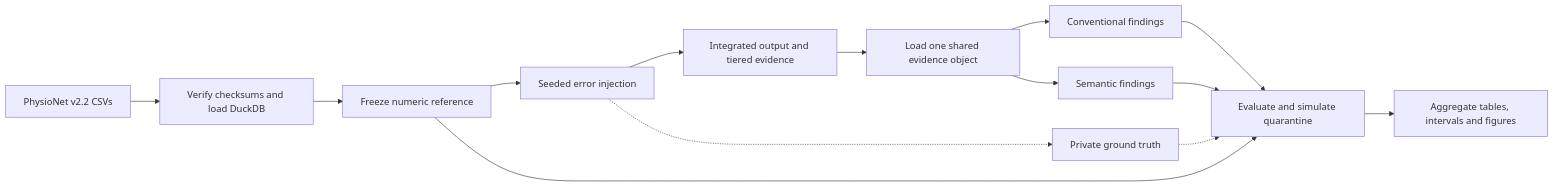
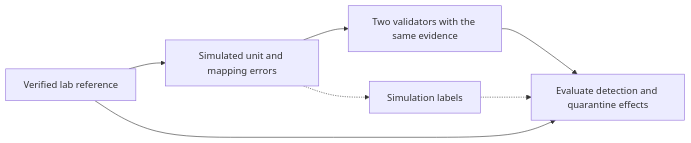
One commit to junleeai/clinical-semantic-data-quality-benchmark changed the diagram in README.md. Above: the diagram before and after it, drawn with Mermaid. The commit also changed other lines of this file and 2 other files, not shown here.

````diff
--- a/README.md
+++ b/README.md
@@ -31,16 +25,9 @@
 ```mermaid
 flowchart LR
-    raw["PhysioNet v2.2 CSVs"] --> verified["Verify checksums and load DuckDB"]
-    verified --> cohort["Freeze numeric reference"]
-    cohort --> sim["Seeded error injection"]
-    sim --> input["Integrated output and tiered evidence"]
-    sim -.-> labels["Private ground truth"]
-    input --> common["Load one shared evidence object"]
-    common --> baseline["Conventional findings"]
-    common --> semantic["Semantic findings"]
-    baseline --> eval["Evaluate and simulate quarantine"]
-    semantic --> eval
-    labels -.-> eval
-    cohort --> eval
-    eval --> public["Aggregate tables, intervals and figures"]
+    reference["Verified lab reference"] --> errors["Simulated unit and mapping errors"]
+    errors --> checks["Two validators with the same evidence"]
+    errors -.-> truth["Simulation labels"]
+    checks --> evaluate["Evaluate detection and quarantine effects"]
+    truth -.-> evaluate
+    reference --> evaluate
 ```
````
